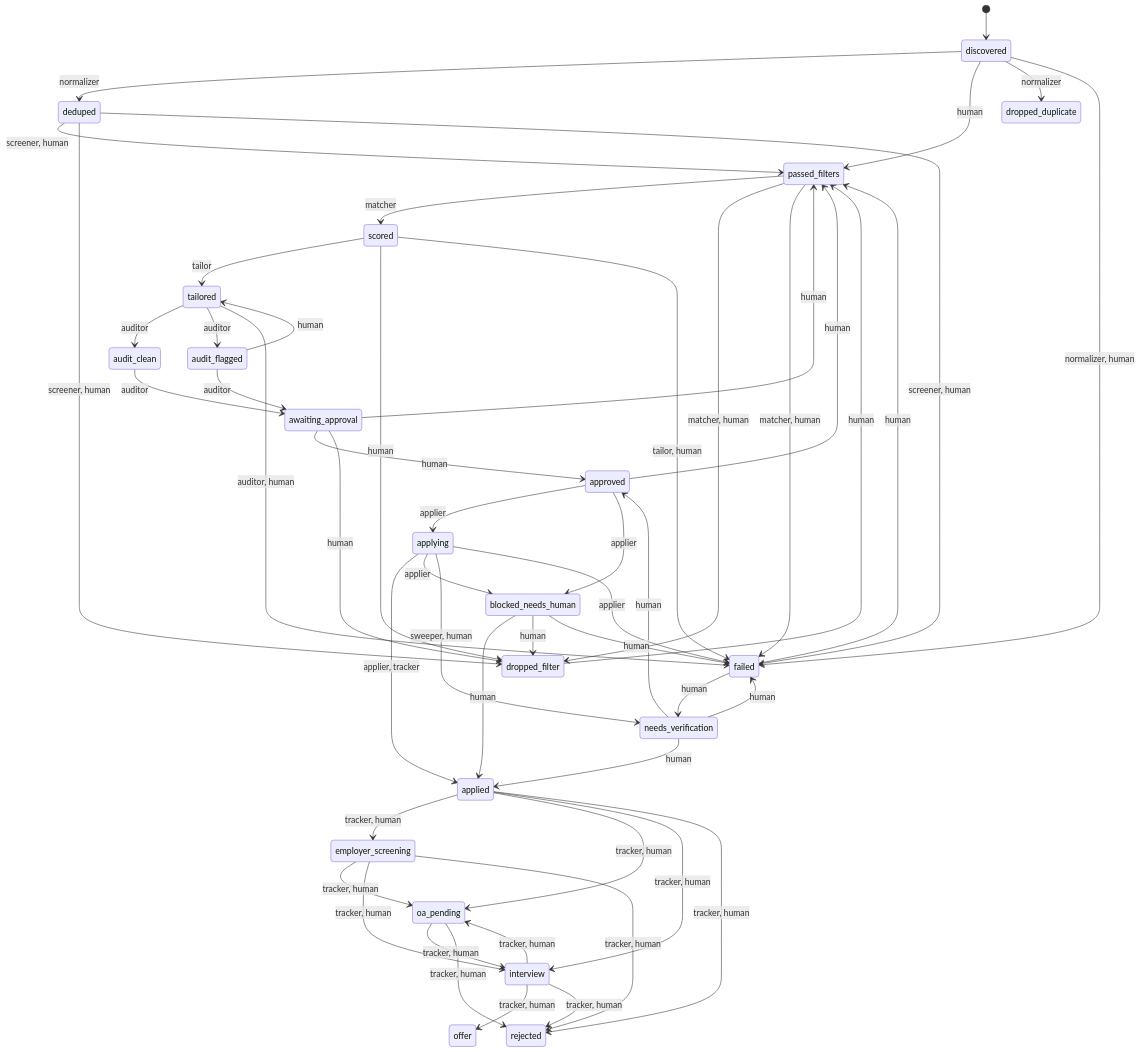
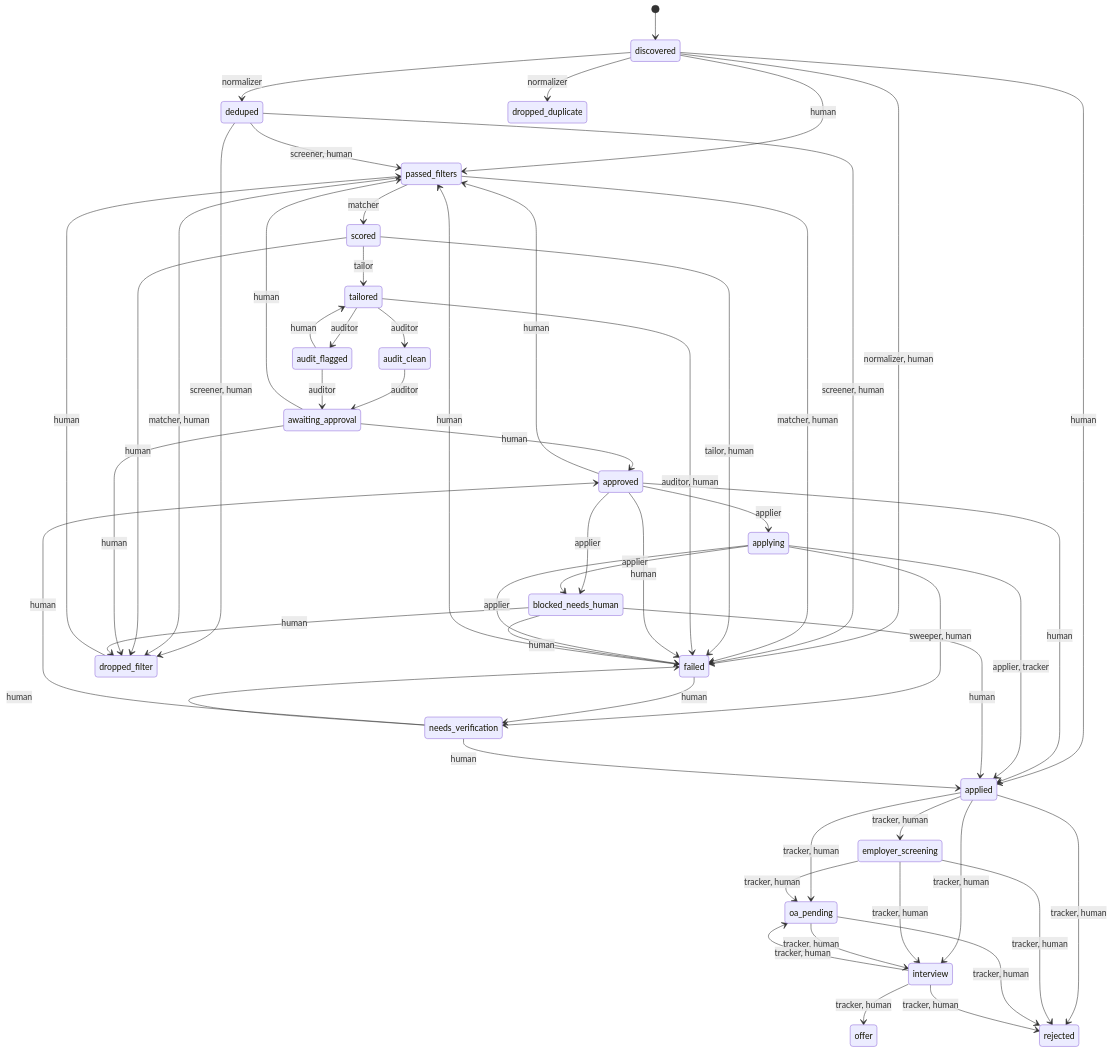
The second of 3 diagrams in docs/SYSTEM_ARCHITECTURE.md (MallamTeja/applyyy), drawn with Mermaid before and after one commit. The commit also changed other lines of this file and 98 other files, not shown here.

````diff
--- a/docs/SYSTEM_ARCHITECTURE.md
+++ b/docs/SYSTEM_ARCHITECTURE.md
@@ -136,54 +194,57 @@
 ```mermaid
 stateDiagram-v2
   [*] --> discovered
   discovered --> deduped: normalizer
   discovered --> passed_filters: human
+  discovered --> applied: human
   discovered --> dropped_duplicate: normalizer
   discovered --> failed: normalizer, human
   deduped --> passed_filters: screener, human
   deduped --> dropped_filter: screener, human
   deduped --> failed: screener, human
   passed_filters --> scored: matcher
   passed_filters --> dropped_filter: matcher, human
   passed_filters --> failed: matcher, human
   scored --> tailored: tailor
   scored --> dropped_filter: human
   scored --> failed: tailor, human
   tailored --> audit_clean: auditor
   tailored --> audit_flagged: auditor
   tailored --> failed: auditor, human
   audit_clean --> awaiting_approval: auditor
   audit_flagged --> awaiting_approval: auditor
   audit_flagged --> tailored: human
   awaiting_approval --> passed_filters: human
   awaiting_approval --> approved: human
   awaiting_approval --> dropped_filter: human
   approved --> passed_filters: human
   approved --> applying: applier
+  approved --> applied: human
   approved --> blocked_needs_human: applier
+  approved --> failed: human
   applying --> applied: applier, tracker
   applying --> blocked_needs_human: applier
   applying --> needs_verification: sweeper, human
   applying --> failed: applier
   applied --> employer_screening: tracker, human
   applied --> oa_pending: tracker, human
   applied --> interview: tracker, human
   applied --> rejected: tracker, human
   employer_screening --> oa_pending: tracker, human
   employer_screening --> interview: tracker, human
   employer_screening --> rejected: tracker, human
   oa_pending --> interview: tracker, human
   oa_pending --> rejected: tracker, human
   interview --> oa_pending: tracker, human
   interview --> offer: tracker, human
   interview --> rejected: tracker, human
   dropped_filter --> passed_filters: human
   blocked_needs_human --> applied: human
   blocked_needs_human --> dropped_filter: human
   blocked_needs_human --> failed: human
   needs_verification --> approved: human
   needs_verification --> applied: human
   needs_verification --> failed: human
   failed --> passed_filters: human
   failed --> needs_verification: human
 ```
````
